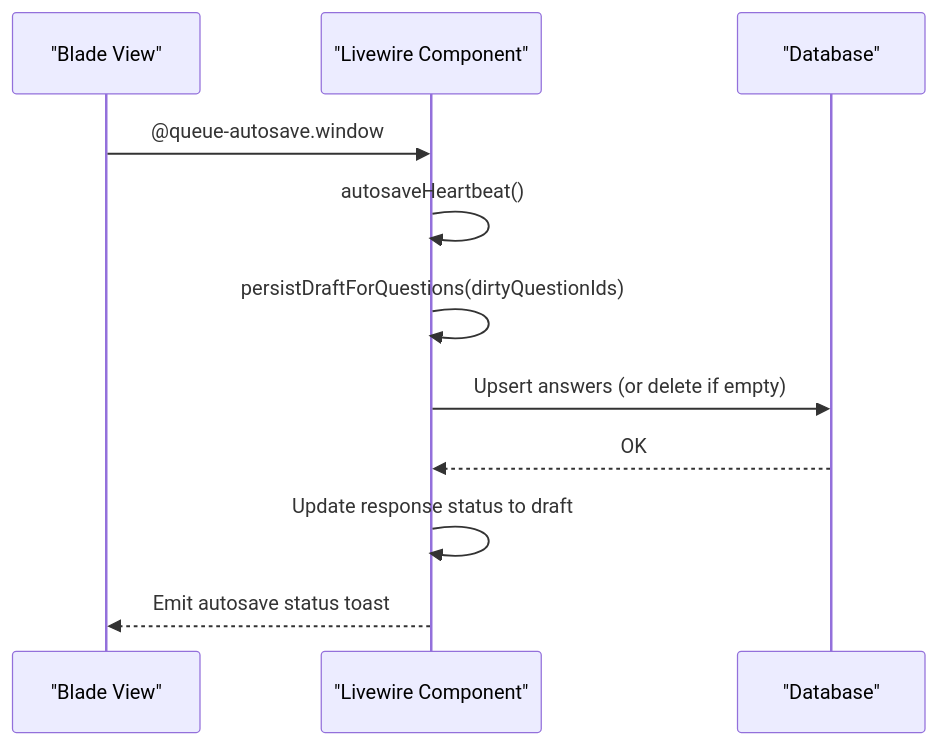
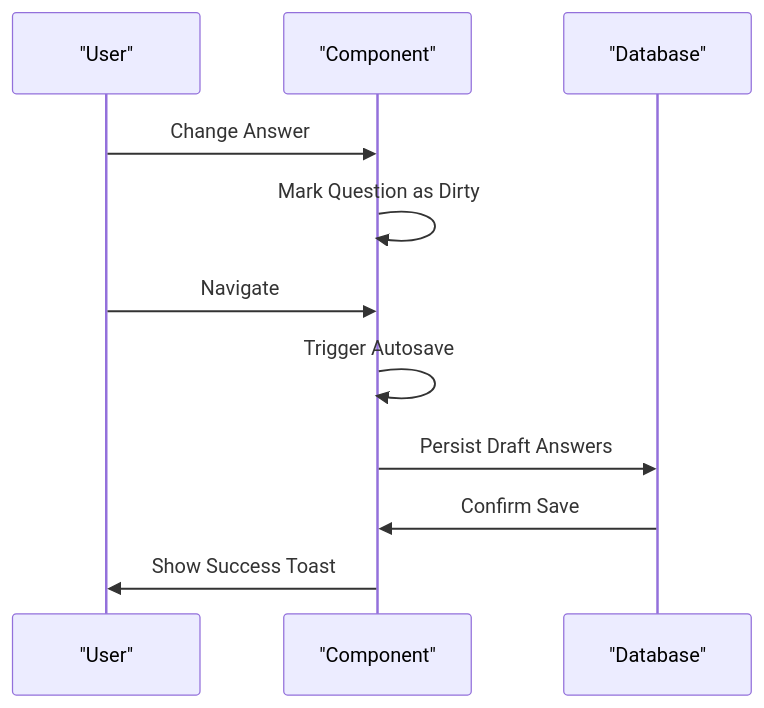
One commit to rudicatsmile/assesment360 changed the sixth of 8 diagrams in .qoder/repowiki/en/content/Core Features/Evaluation Workflows/Questionnaire Filling Interface.md. Above: the diagram before and after it, drawn with Mermaid. The commit also changed other lines of this file and 5 other files, not shown here.

````diff
--- a/.qoder/repowiki/en/content/Core Features/Evaluation Workflows/Questionnaire Filling Interface.md
+++ b/.qoder/repowiki/en/content/Core Features/Evaluation Workflows/Questionnaire Filling Interface.md
@@ -292,13 +346,13 @@
 ```mermaid
 sequenceDiagram
-participant V as "Blade View"
-participant L as "Livewire Component"
-participant DB as "Database"
-V->>L : @queue-autosave.window
-L->>L : autosaveHeartbeat()
-L->>L : persistDraftForQuestions(dirtyQuestionIds)
-L->>DB : Upsert answers (or delete if empty)
-DB-->>L : OK
-L->>L : Update response status to draft
-L-->>V : Emit autosave status toast
+participant U as "User"
+participant C as "Component"
+participant D as "Database"
+U->>C : Change Answer
+C->>C : Mark Question as Dirty
+U->>C : Navigate
+C->>C : Trigger Autosave
+C->>D : Persist Draft Answers
+D->>C : Confirm Save
+C->>U : Show Success Toast
 ```
````
